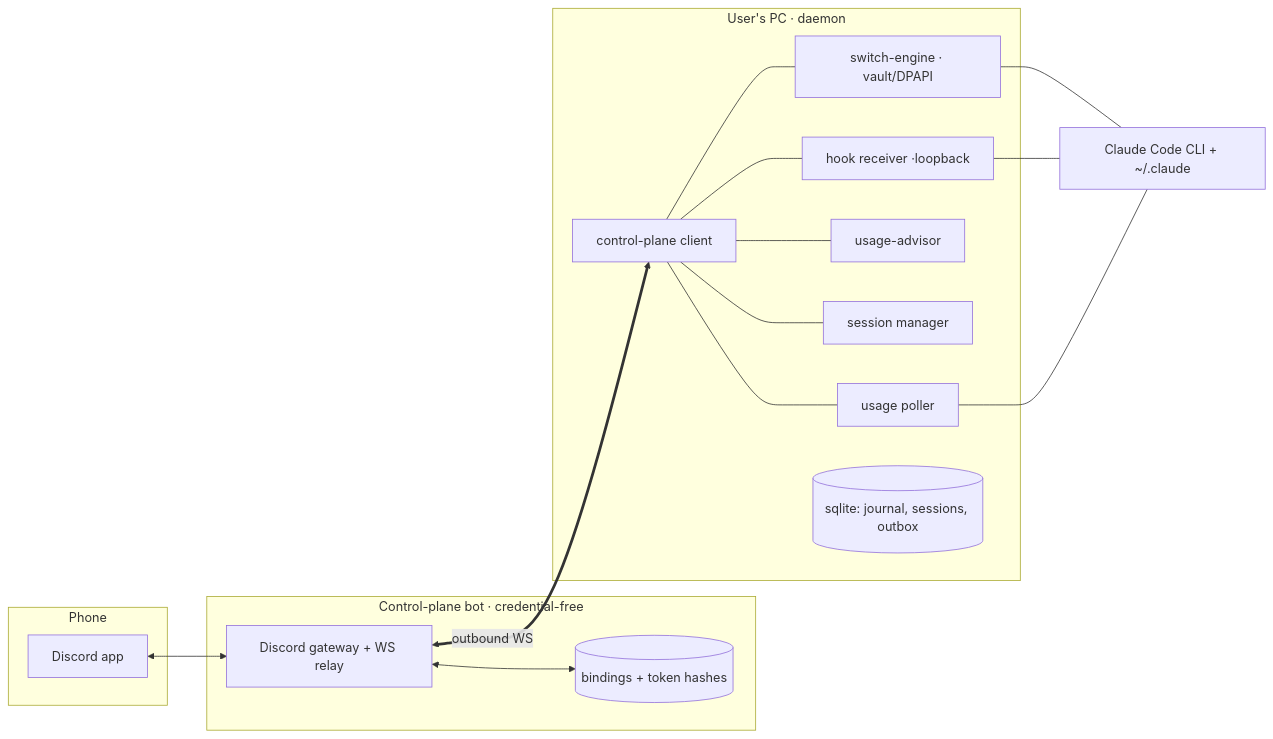
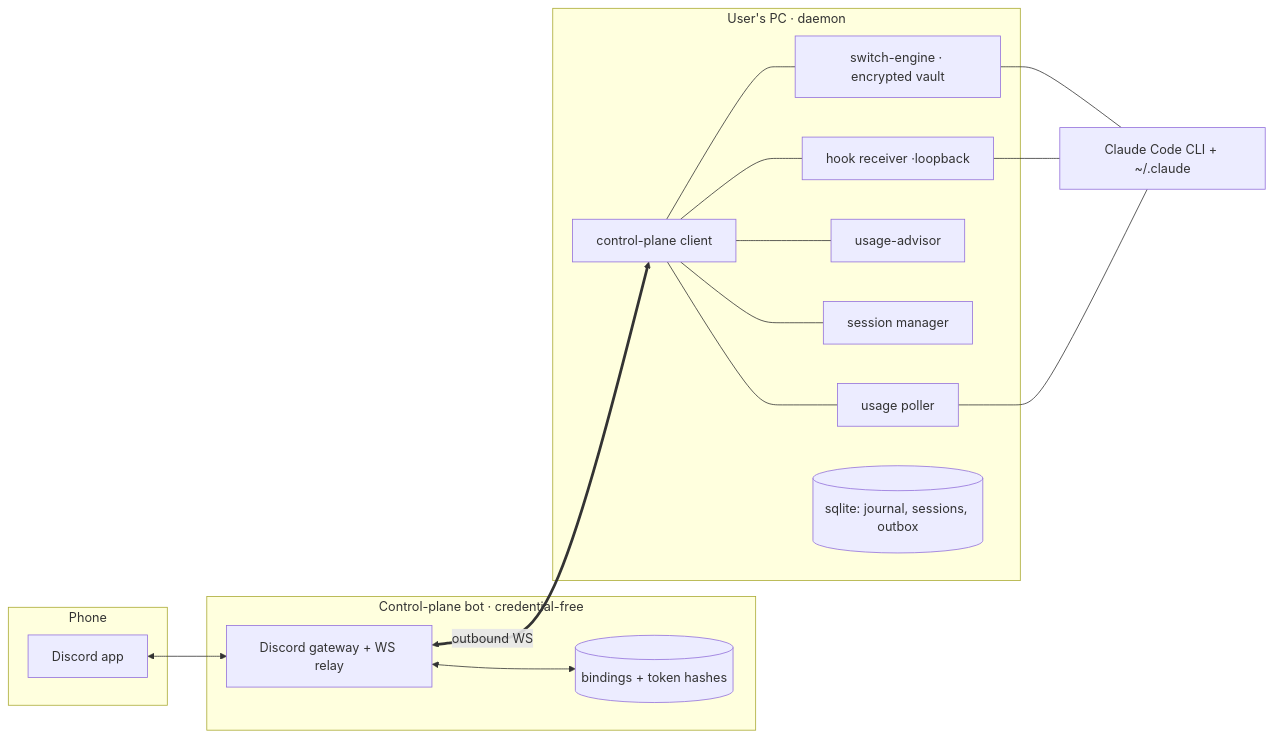
One commit to andrewtjin/claude-control changed the diagram in docs/ARCHITECTURE.md. Above: the diagram before and after it, drawn with Mermaid. The commit also changed other lines of this file and 18 other files, not shown here.

````diff
--- a/docs/ARCHITECTURE.md
+++ b/docs/ARCHITECTURE.md
@@ -19,28 +19,28 @@
 ```mermaid
 flowchart LR
   subgraph Phone
     D[Discord app]
   end
   subgraph Bot host [Control-plane bot · credential-free]
     B[Discord gateway + WS relay]
     K[(bindings + token hashes)]
   end
   subgraph User machine [User's PC · daemon]
     G[control-plane client]
-    SE[switch-engine · vault/DPAPI]
+    SE[switch-engine · encrypted vault]
     UP[usage poller]
     UA[usage-advisor]
     SM[session manager]
     HR[hook receiver ·loopback]
     DB[(sqlite: journal, sessions, outbox)]
   end
   CC[Claude Code CLI + ~/.claude]
 
   D <--> B
   B <--> K
   B <== outbound WS ==> G
   G --- SE & UP & UA & SM & HR
   SE --- CC
   HR --- CC
   UP --- CC
 ```
````
